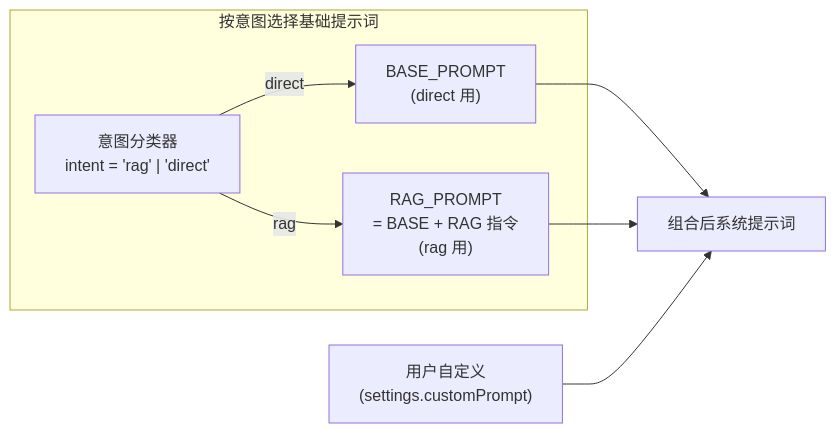
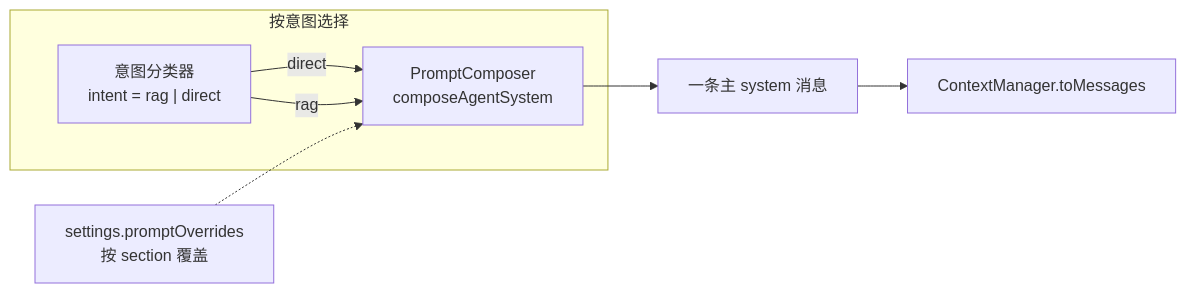
The second of 4 diagrams in docs/architecture/agent/context-manager.md (golddream-y/obsidian-ratel), drawn with Mermaid before and after one commit. The commit also changed other lines of this file and 42 other files, not shown here.

````diff
--- a/docs/architecture/agent/context-manager.md
+++ b/docs/architecture/agent/context-manager.md
@@ -117,14 +121,13 @@
 ```mermaid
 graph LR
-    subgraph "按意图选择基础提示词"
-        INTENT["意图分类器<br/>intent = 'rag' | 'direct'"]
-        BASE["BASE_PROMPT<br/>(direct 用)"]
-        RAG["RAG_PROMPT<br/>= BASE + RAG 指令<br/>(rag 用)"]
+    subgraph "按意图选择"
+        INTENT["意图分类器<br/>intent = rag | direct"]
+        PC["PromptComposer<br/>composeAgentSystem"]
     end
 
-    INTENT -->|"direct"| BASE
-    INTENT -->|"rag"| RAG
-    BASE --> COMBINED["组合后系统提示词"]
-    RAG --> COMBINED
-    CUSTOM["用户自定义<br/>(settings.customPrompt)"] --> COMBINED
+    INTENT -->|"direct"| PC
+    INTENT -->|"rag"| PC
+    PC --> SYS["一条主 system 消息"]
+    OVR["settings.promptOverrides<br/>按 section 覆盖"] -.-> PC
+    SYS --> CTX["ContextManager.toMessages"]
 ```
````
